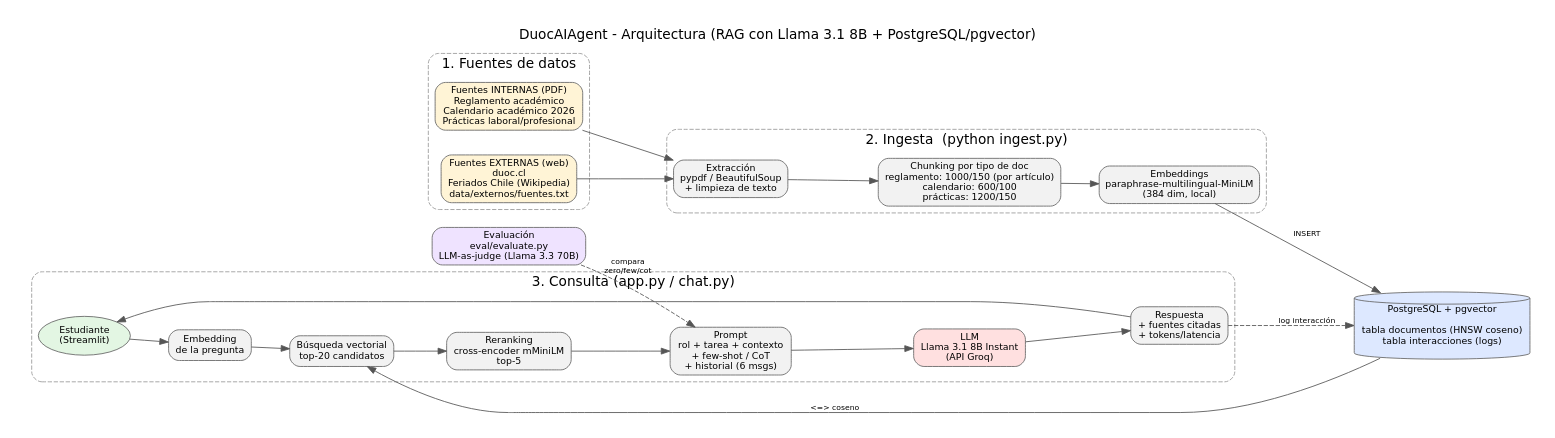
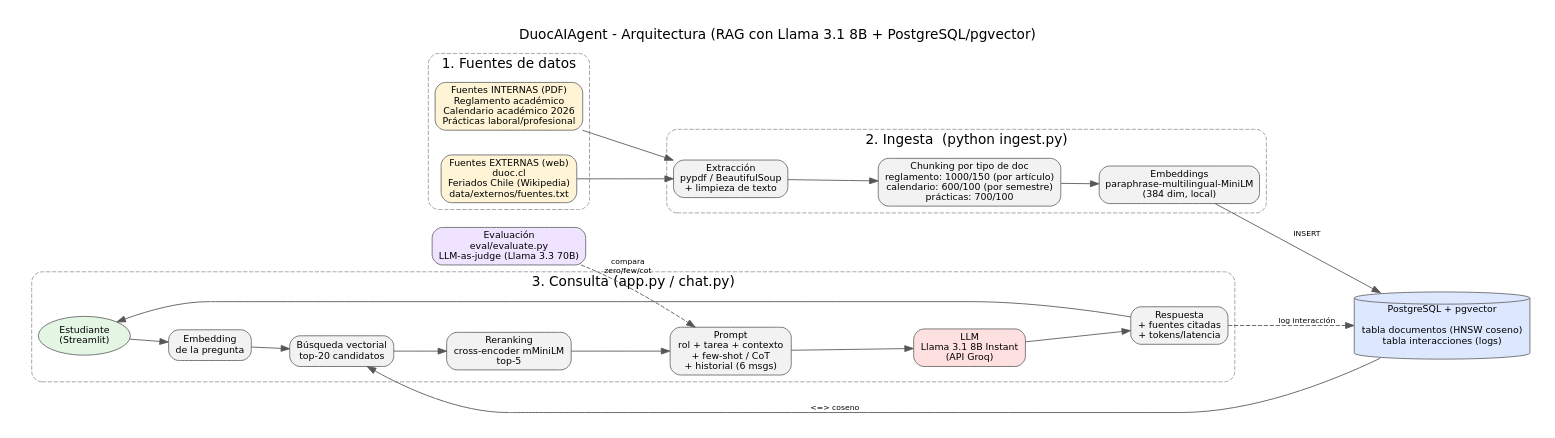
The diagram in docs/arquitectura.dot (joaquinhr22/DuocAgentAI), drawn with Graphviz before and after one commit. The commit also changed 12 other files, not shown here.

```diff
--- a/docs/arquitectura.dot
+++ b/docs/arquitectura.dot
@@ -1,41 +1,41 @@
 // Diagrama de arquitectura. Para regenerar el PNG:  dot -Tpng docs/arquitectura.dot -o docs/arquitectura.png
 digraph G {
   rankdir=LR;
   graph [fontname="DejaVu Sans", fontsize=12, nodesep=0.4, ranksep=0.6, pad=0.3, label="DuocAIAgent - Arquitectura (RAG con Llama 3.1 8B + PostgreSQL/pgvector)", labelloc=t, fontsize=16];
   node  [fontname="DejaVu Sans", fontsize=11, shape=box, style="rounded,filled", fillcolor="#f2f2f2", color="#666666"];
   edge  [fontname="DejaVu Sans", fontsize=9, color="#555555"];
 
   subgraph cluster_fuentes {
     label="1. Fuentes de datos"; style="rounded,dashed"; color="#999999";
     pdfs [label="Fuentes INTERNAS (PDF)\nReglamento académico\nCalendario académico 2026\nPrácticas laboral/profesional", fillcolor="#fff4d6"];
     web  [label="Fuentes EXTERNAS (web)\nduoc.cl\nFeriados Chile (Wikipedia)\ndata/externos/fuentes.txt", fillcolor="#fff4d6"];
   }
 
   subgraph cluster_ingesta {
     label="2. Ingesta  (python ingest.py)"; style="rounded,dashed"; color="#999999";
     extraer [label="Extracción\npypdf / BeautifulSoup\n+ limpieza de texto"];
-    chunk   [label="Chunking por tipo de doc\nreglamento: 1000/150 (por artículo)\ncalendario: 600/100\nprácticas: 1200/150"];
+    chunk   [label="Chunking por tipo de doc\nreglamento: 1000/150 (por artículo)\ncalendario: 600/100 (por semestre)\nprácticas: 700/100"];
     emb1    [label="Embeddings\nparaphrase-multilingual-MiniLM\n(384 dim, local)"];
   }
 
   db [label="PostgreSQL + pgvector\n\ntabla documentos (HNSW coseno)\ntabla interacciones (logs)", shape=cylinder, fillcolor="#dde8ff"];
 
   subgraph cluster_consulta {
     label="3. Consulta (app.py / chat.py)"; style="rounded,dashed"; color="#999999";
     user  [label="Estudiante\n(Streamlit)", shape=ellipse, fillcolor="#e3f6e3"];
     emb2  [label="Embedding\nde la pregunta"];
     ret   [label="Búsqueda vectorial\ntop-20 candidatos"];
     rer   [label="Reranking\ncross-encoder mMiniLM\ntop-5"];
     prom  [label="Prompt\nrol + tarea + contexto\n+ few-shot / CoT\n+ historial (6 msgs)"];
     llm   [label="LLM\nLlama 3.1 8B Instant\n(API Groq)", fillcolor="#ffe0e0"];
     resp  [label="Respuesta\n+ fuentes citadas\n+ tokens/latencia"];
   }
 
   evalx [label="Evaluación\neval/evaluate.py\nLLM-as-judge (Llama 3.3 70B)", fillcolor="#efe3ff"];
 
   pdfs -> extraer; web -> extraer; extraer -> chunk -> emb1;
   emb1 -> db [label="INSERT"];
   user -> emb2 -> ret; db -> ret [label="<=> coseno"]; ret -> rer -> prom -> llm -> resp -> user;
   resp -> db [label="log interacción", style=dashed];
   evalx -> prom [style=dashed, label="compara\nzero/few/cot"];
 }
```
